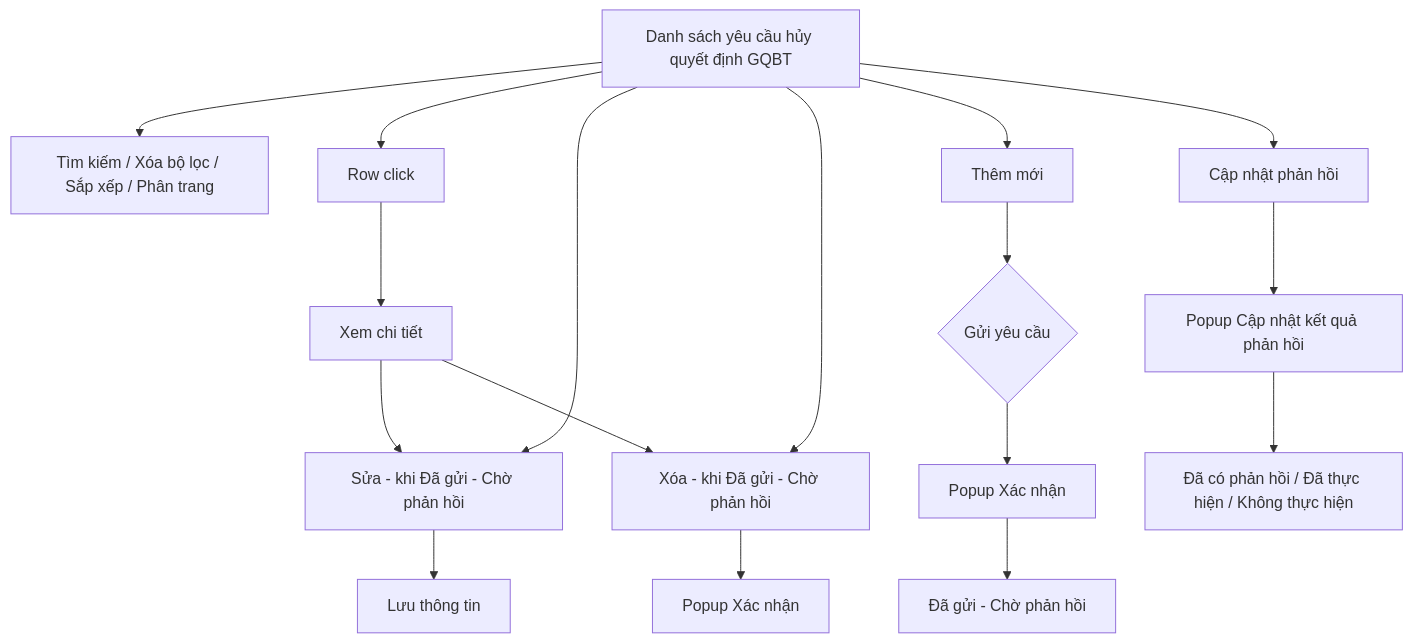
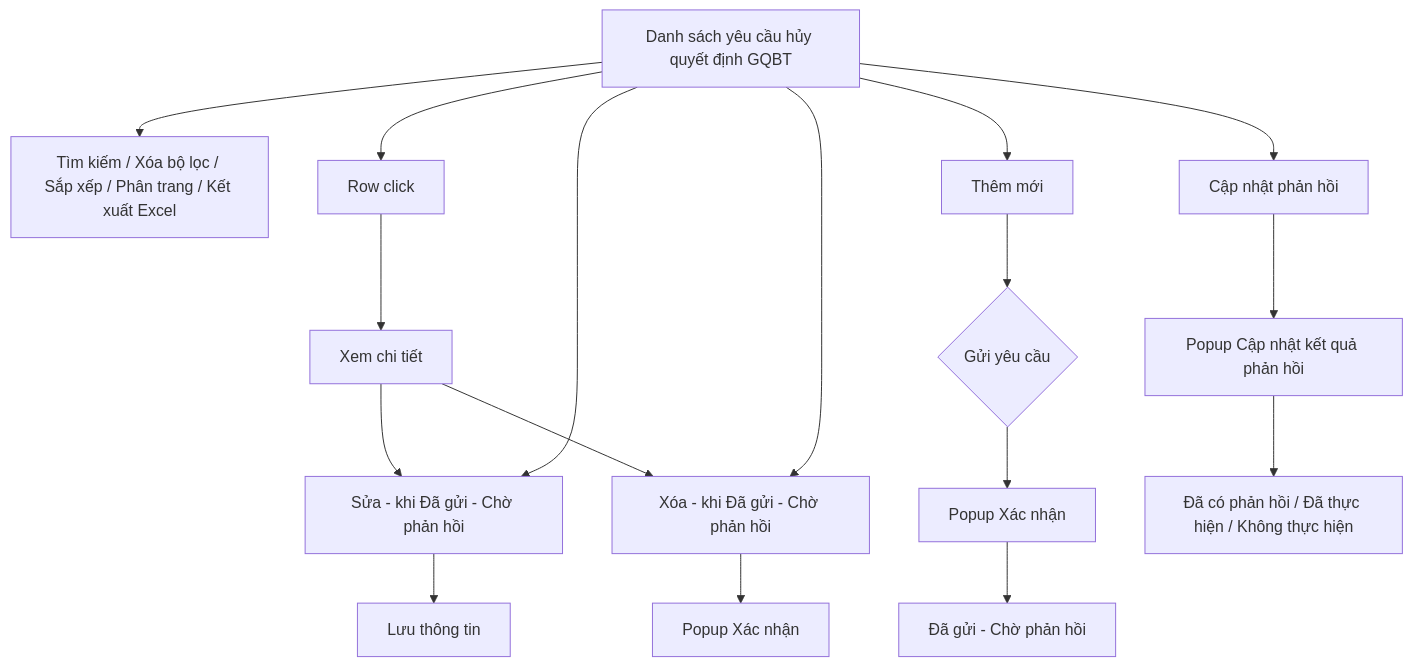
One commit to huyendt2007/BPBD_UI changed the diagram in Tai_lieu_SRS/03_Website_Quan_tri/03_Cong_tac_boi_thuong/SRS_BTNN_STP_YeuCau_Huy_QuyetDinh_GQBT.md. Above: the diagram before and after it, drawn with Mermaid. The commit also changed other lines of this file and 155 other files, not shown here.

First line of the commit message:
feat(btnn): Kết xuất Excel 16 module, Tài liệu đính kèm, Bị trả lại, E-Form DVC

````diff
--- a/Tai_lieu_SRS/03_Website_Quan_tri/03_Cong_tac_boi_thuong/SRS_BTNN_STP_YeuCau_Huy_QuyetDinh_GQBT.md
+++ b/Tai_lieu_SRS/03_Website_Quan_tri/03_Cong_tac_boi_thuong/SRS_BTNN_STP_YeuCau_Huy_QuyetDinh_GQBT.md
@@ -27,13 +27,13 @@
 ```mermaid
 flowchart TD
-    A[Danh sách yêu cầu hủy quyết định GQBT] --> B[Tìm kiếm / Xóa bộ lọc / Sắp xếp / Phân trang]
+    A[Danh sách yêu cầu hủy quyết định GQBT] --> B[Tìm kiếm / Xóa bộ lọc / Sắp xếp / Phân trang / Kết xuất Excel]
     A --> G[Row click] --> K[Xem chi tiết]
     K --> E
     K --> F
     A --> C[Thêm mới] --> S{Gửi yêu cầu}
     S --> X1[Popup Xác nhận] --> W["Đã gửi - Chờ phản hồi"]
     A --> E[Sửa - khi Đã gửi - Chờ phản hồi] --> D[Lưu thông tin]
     A --> F[Xóa - khi Đã gửi - Chờ phản hồi] --> X2[Popup Xác nhận]
     A --> R[Cập nhật phản hồi] --> P[Popup Cập nhật kết quả phản hồi]
     P --> R1["Đã có phản hồi / Đã thực hiện / Không thực hiện"]
 ```
````
